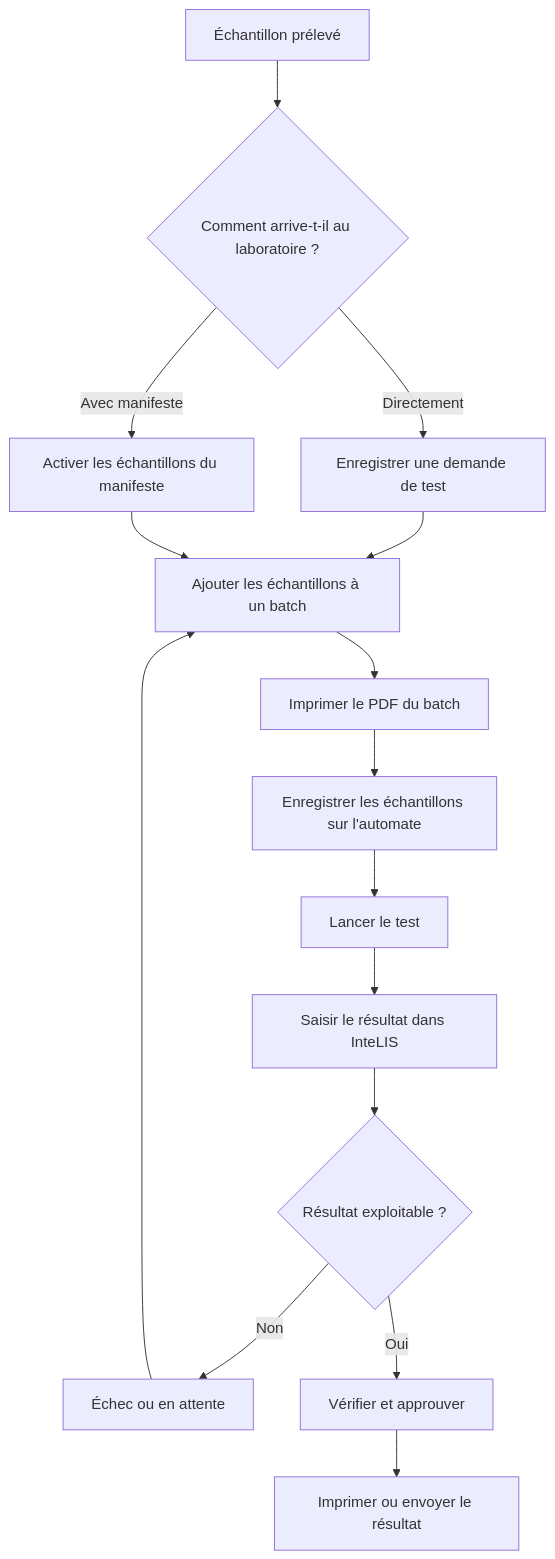
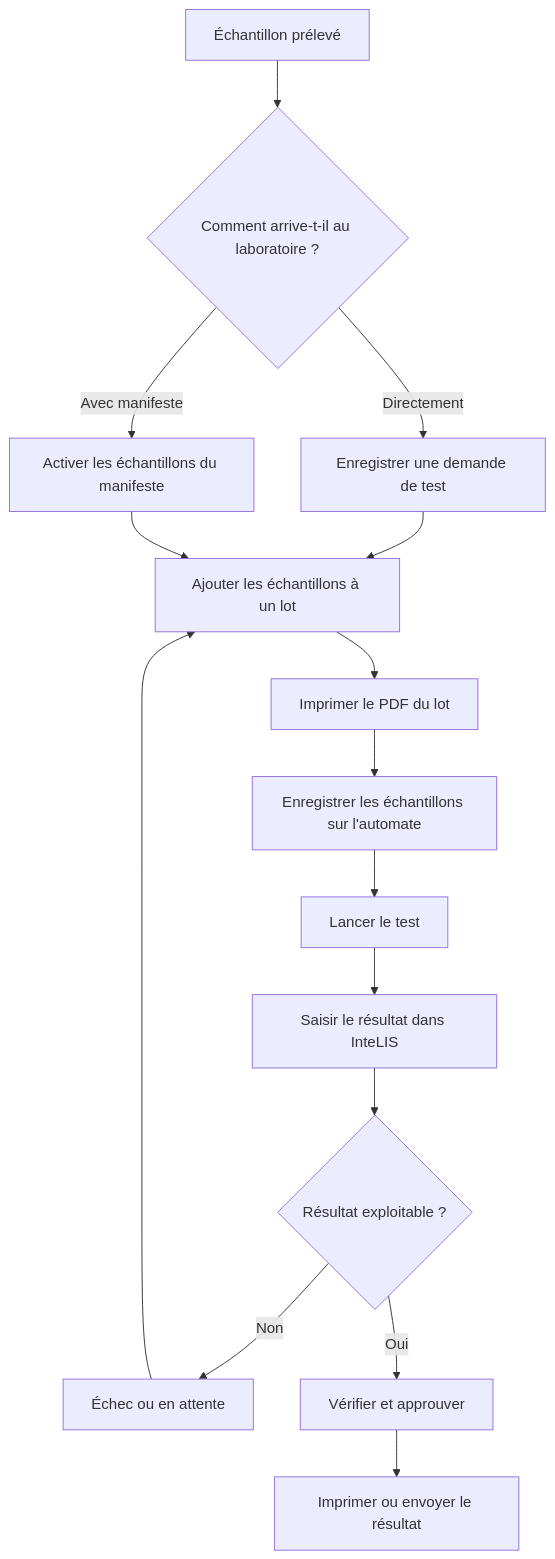
The diagram in docs/user-guides/index.fr.md (deforay/intelis), drawn with Mermaid before and after one commit. The commit also changed other lines of this file and 127 other files, not shown here.

````diff
--- a/docs/user-guides/index.fr.md
+++ b/docs/user-guides/index.fr.md
@@ -34,17 +34,17 @@
 ```mermaid
 flowchart TD
     A[Échantillon prélevé] --> B{Comment arrive-t-il au laboratoire ?}
     B -->|Directement| C[Enregistrer une demande de test]
     B -->|Avec manifeste| D[Activer les échantillons du manifeste]
-    C --> E[Ajouter les échantillons à un batch]
+    C --> E[Ajouter les échantillons à un lot]
     D --> E
-    E --> F[Imprimer le PDF du batch]
+    E --> F[Imprimer le PDF du lot]
     F --> G[Enregistrer les échantillons sur l'automate]
     G --> H[Lancer le test]
     H --> I[Saisir le résultat dans InteLIS]
     I --> J{Résultat exploitable ?}
     J -->|Non| K[Échec ou en attente]
     K --> E
     J -->|Oui| L[Vérifier et approuver]
     L --> M[Imprimer ou envoyer le résultat]
 ```
````
